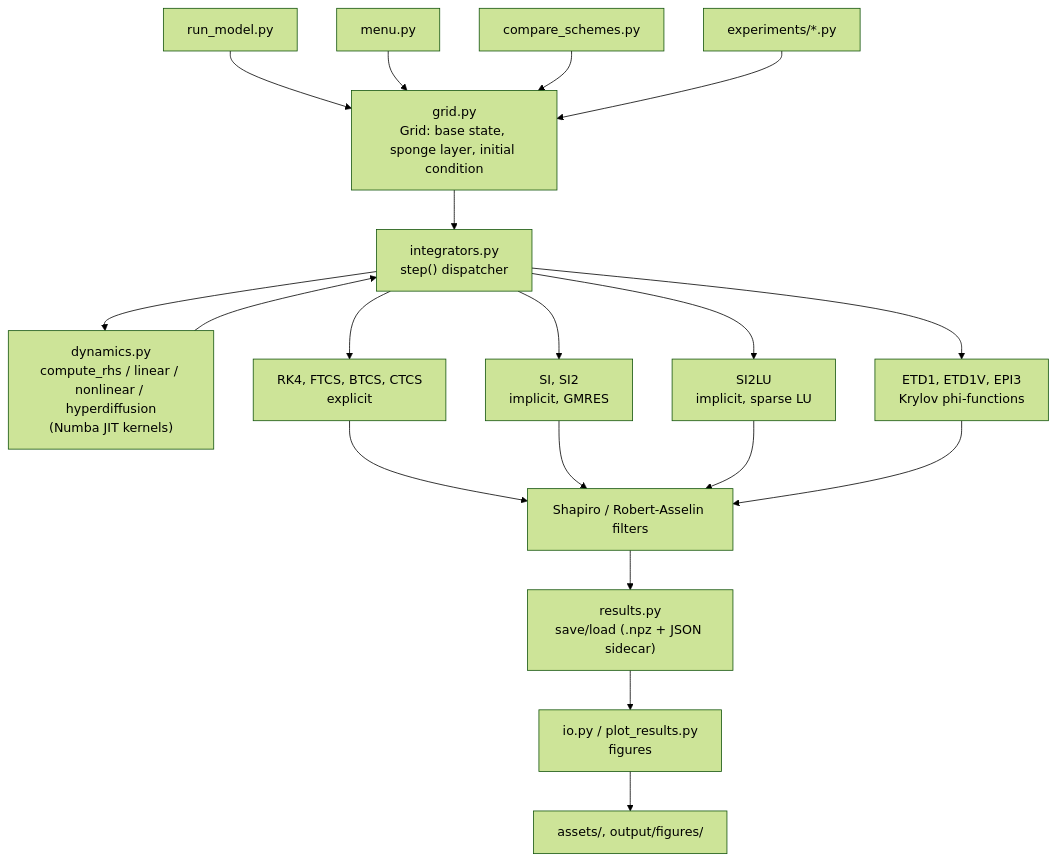
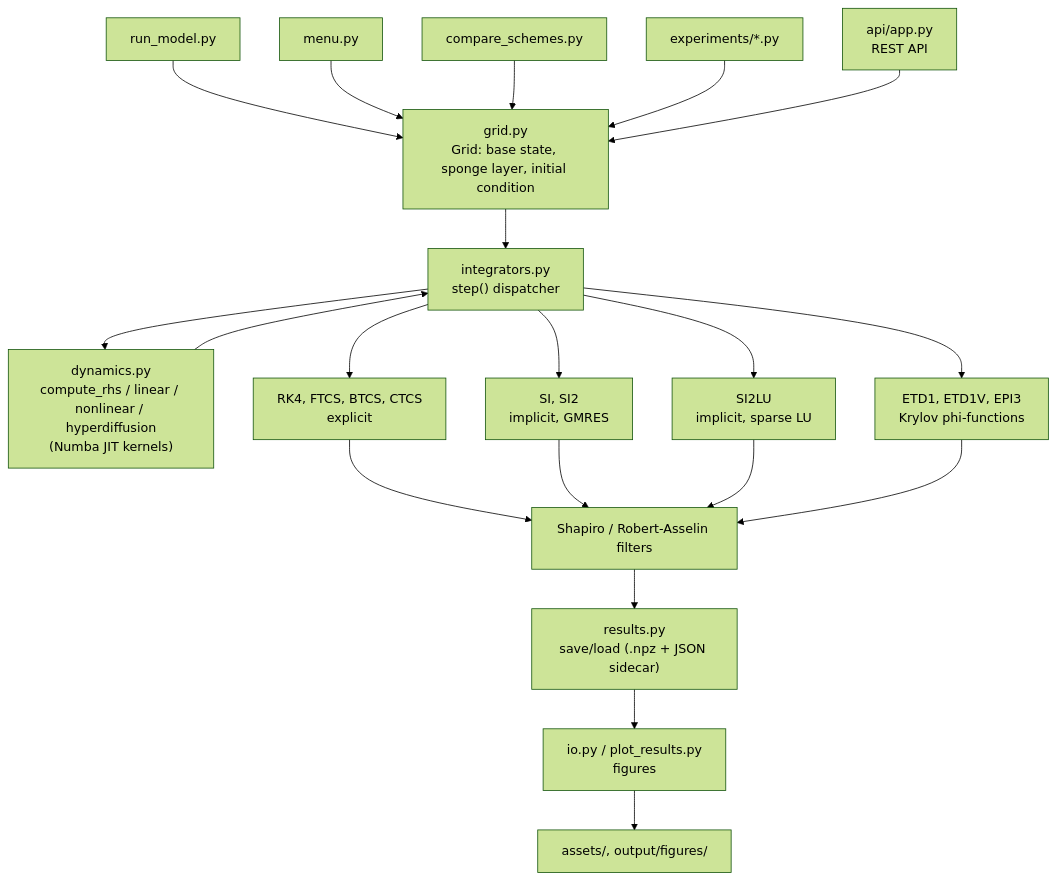
Before and after one commit to ALEN2002-py/2d-atmospheric-model: the diagram in README.md, drawn with Mermaid (forest theme). The commit also changed other lines of this file and 10 other files, not shown here.

First line of the commit message:
Add REST API (Phase 2): FastAPI wrapper around the solver

````diff
--- a/README.md
+++ b/README.md
@@ -89,36 +90,38 @@
 ```mermaid
 flowchart TD
     E1[run_model.py] --> G
     E2[menu.py] --> G
     E3[compare_schemes.py] --> G
     E4["experiments/*.py"] --> G
+    E5["api/app.py
+REST API"] --> G
 
     G["grid.py
 Grid: base state, sponge layer, initial condition"] --> S
 
     S["integrators.py
 step() dispatcher"] --> D["dynamics.py
 compute_rhs / linear / nonlinear / hyperdiffusion
 (Numba JIT kernels)"]
     D --> S
 
     S --> SCH1["RK4, FTCS, BTCS, CTCS
 explicit"]
     S --> SCH2["SI, SI2
 implicit, GMRES"]
     S --> SCH3["SI2LU
 implicit, sparse LU"]
     S --> SCH4["ETD1, ETD1V, EPI3
 Krylov phi-functions"]
 
     SCH1 --> F["Shapiro / Robert-Asselin filters"]
     SCH2 --> F
     SCH3 --> F
     SCH4 --> F
 
     F --> R["results.py
 save/load (.npz + JSON sidecar)"]
     R --> P["io.py / plot_results.py
 figures"]
     P --> A["assets/, output/figures/"]
 ```
````
